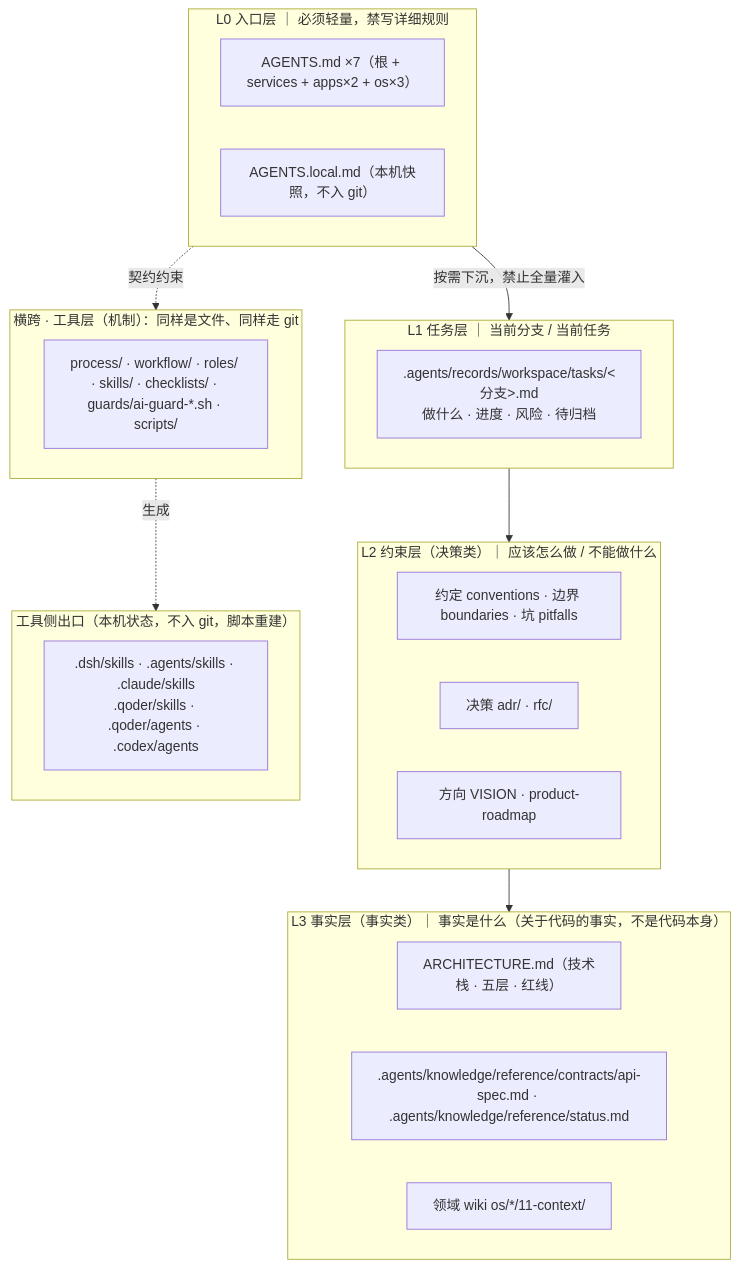
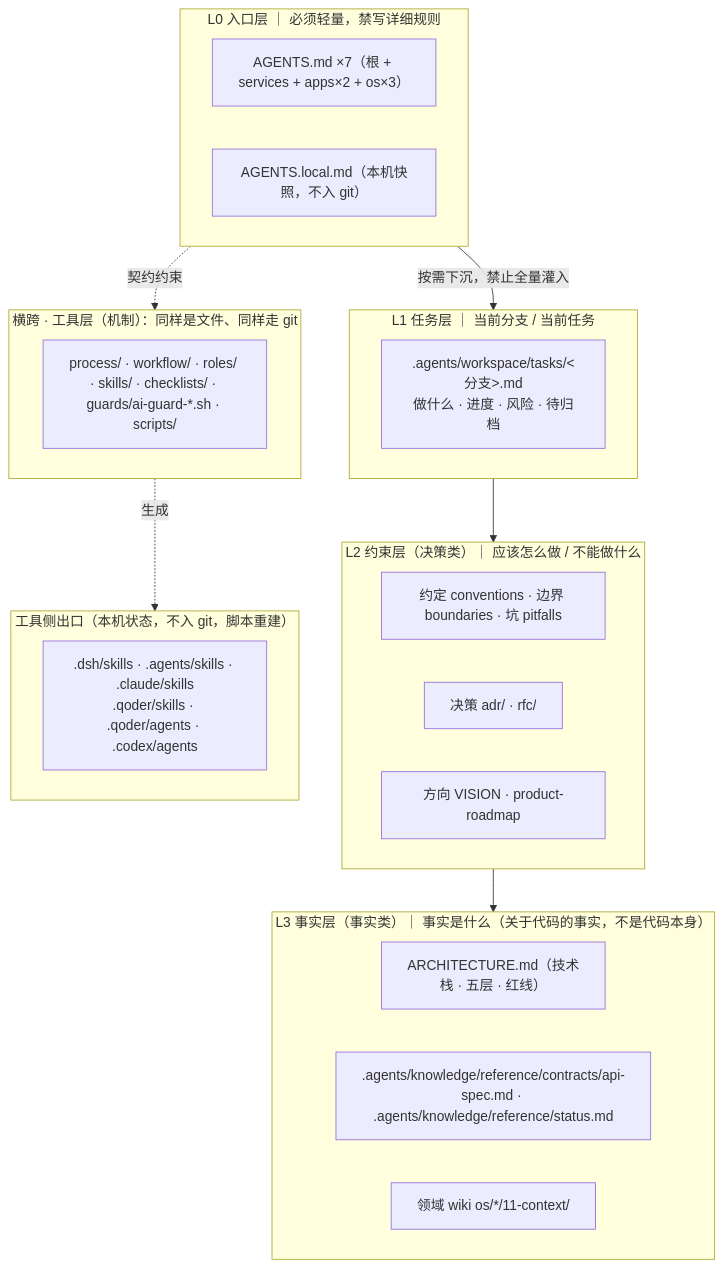
One commit to adaios/adaios changed the first of 9 diagrams in .agents/rules/assets/ai-context-engineering.md. Above: the diagram before and after it, drawn with Mermaid. The commit also changed other lines of this file and 24 other files, not shown here.

````diff
--- a/.agents/rules/assets/ai-context-engineering.md
+++ b/.agents/rules/assets/ai-context-engineering.md
@@ -27,31 +27,31 @@
 ```mermaid
 flowchart TB
     subgraph L0["L0 入口层 ｜ 必须轻量，禁写详细规则"]
         A1["AGENTS.md ×7（根 + services + apps×2 + os×3）"]
         A2["AGENTS.local.md（本机快照，不入 git）"]
     end
     subgraph L1["L1 任务层 ｜ 当前分支 / 当前任务"]
-        B1[".agents/records/workspace/tasks/&lt;分支&gt;.md<br/>做什么 · 进度 · 风险 · 待归档"]
+        B1[".agents/workspace/tasks/&lt;分支&gt;.md<br/>做什么 · 进度 · 风险 · 待归档"]
     end
     subgraph L2["L2 约束层（决策类）｜ 应该怎么做 / 不能做什么"]
         C1["约定 conventions · 边界 boundaries · 坑 pitfalls"]
         C2["决策 adr/ · rfc/"]
         C3["方向 VISION · product-roadmap"]
     end
     subgraph L3["L3 事实层（事实类）｜ 事实是什么（关于代码的事实，不是代码本身）"]
         D1["ARCHITECTURE.md（技术栈 · 五层 · 红线）"]
         D2[".agents/knowledge/reference/contracts/api-spec.md · .agents/knowledge/reference/status.md"]
         D3["领域 wiki os/*/11-context/"]
     end
     subgraph TOOL["横跨 · 工具层（机制）：同样是文件、同样走 git"]
         E1["process/ · workflow/ · roles/ · skills/ · checklists/ · guards/ai-guard-*.sh · scripts/"]
     end
     subgraph OUT["工具侧出口（本机状态，不入 git，脚本重建）"]
         F1[".dsh/skills · .agents/skills · .claude/skills<br/>.qoder/skills · .qoder/agents · .codex/agents"]
     end
     L0 -->|按需下沉，禁止全量灌入| L1
     L1 --> L2
     L2 --> L3
     TOOL -.->|生成| OUT
     L0 -.->|契约约束| TOOL
 ```
````
